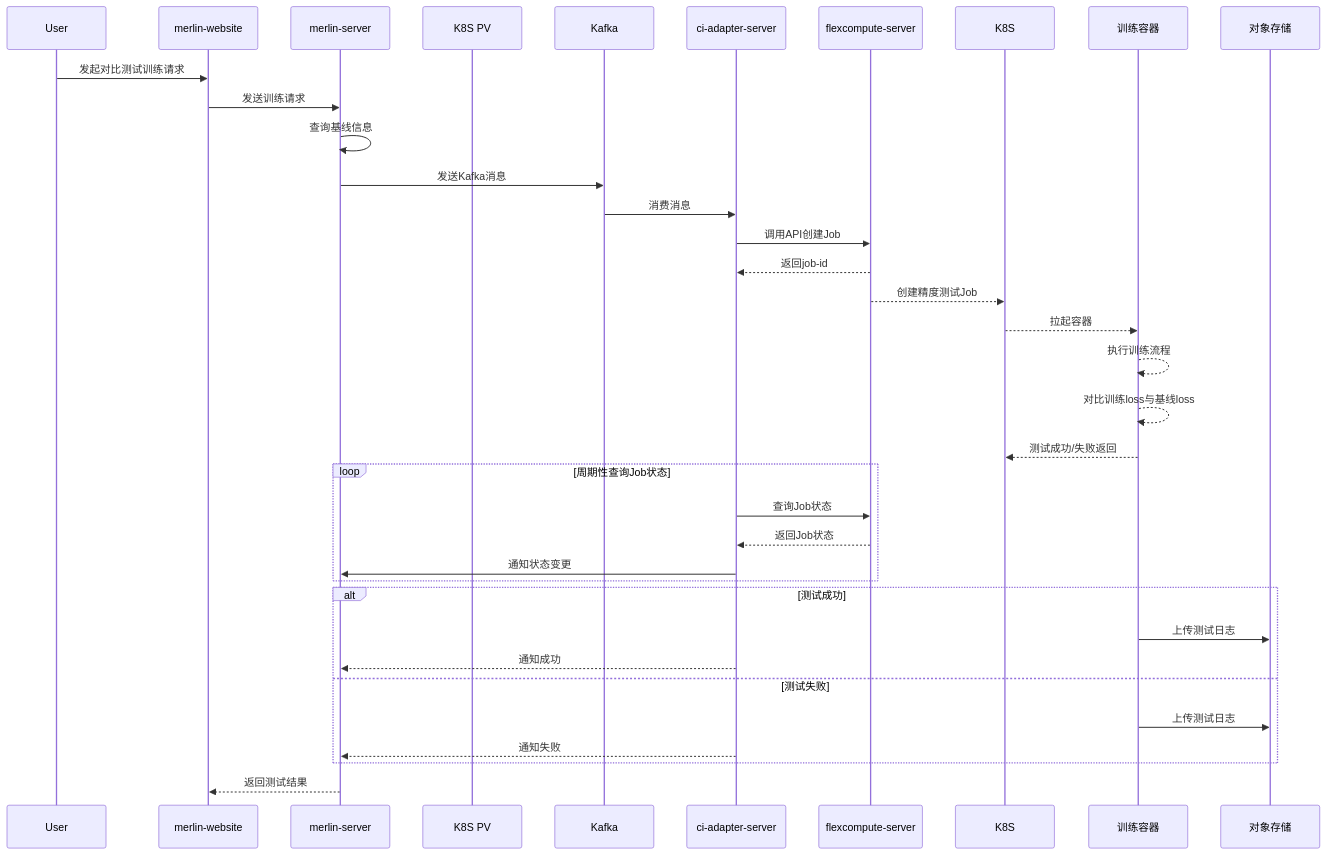
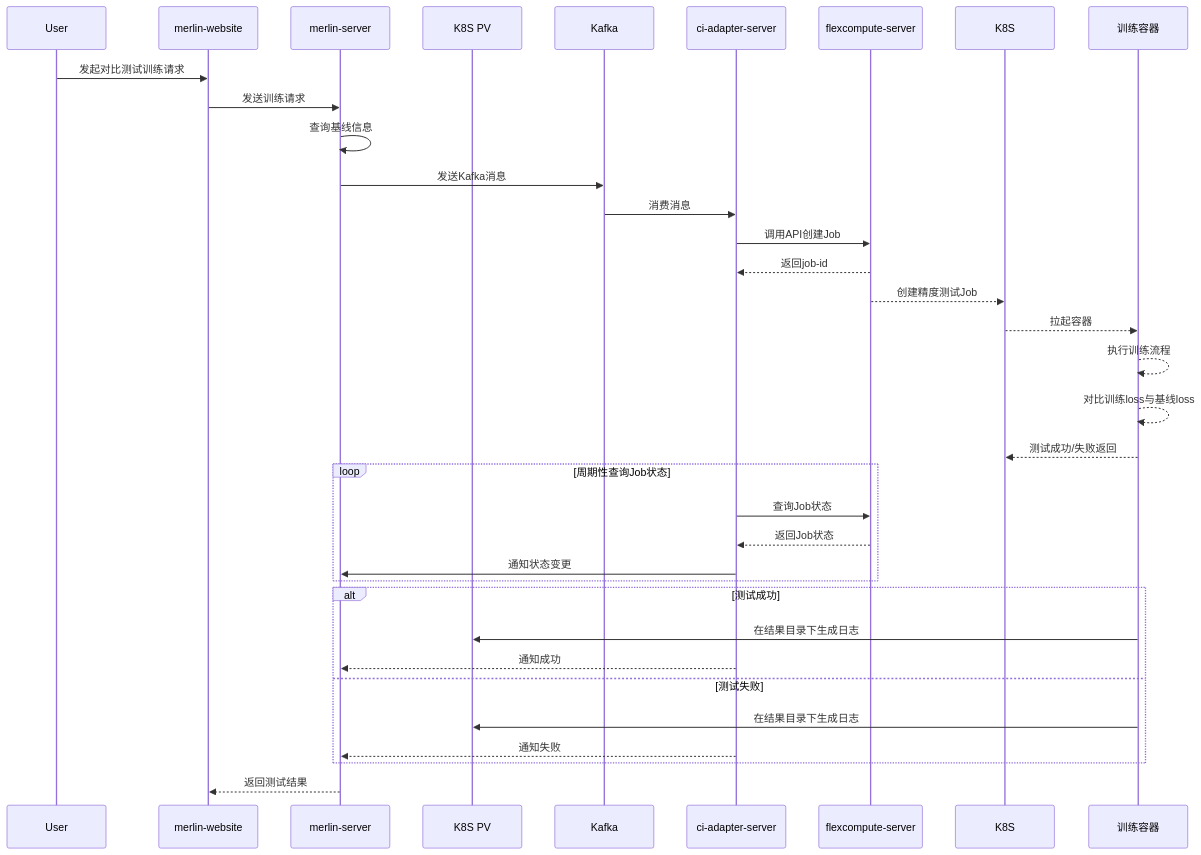
Before and after one commit to pillumina/design-proposal: the ninth of 12 diagrams in 模型精度性能测试自动化.md, drawn with Mermaid. The commit also changed other lines of this file, not shown here.

````diff
--- a/模型精度性能测试自动化.md
+++ b/模型精度性能测试自动化.md
@@ -1029,39 +1031,38 @@
 ```mermaid
 sequenceDiagram
     participant User
     participant Frontend as merlin-website
     participant Server as merlin-server
     participant Storage as K8S PV
     participant Kafka
     participant Adapter as ci-adapter-server
     participant Flex as flexcompute-server
     participant K8S
     participant Job as 训练容器
-    participant OBS as 对象存储
 
     User ->> Frontend: 发起对比测试训练请求
     Frontend ->> Server: 发送训练请求
     Server ->> Server: 查询基线信息
     Server ->> Kafka: 发送Kafka消息
     Kafka ->> Adapter: 消费消息
     Adapter ->> Flex: 调用API创建Job
     Flex -->> Adapter: 返回job-id
     Flex -->> K8S: 创建精度测试Job
     K8S -->> Job: 拉起容器
     Job -->> Job: 执行训练流程
     Job -->> Job: 对比训练loss与基线loss
     Job -->> K8S: 测试成功/失败返回
     loop 周期性查询Job状态
         Adapter ->> Flex: 查询Job状态
         Flex -->> Adapter: 返回Job状态
         Adapter ->> Server: 通知状态变更
     end
     alt 测试成功
-        Job ->> OBS: 上传测试日志
+        Job ->> Storage: 在结果目录下生成日志
         Adapter -->> Server: 通知成功
     else 测试失败
-    		Job ->> OBS: 上传测试日志
+    		Job ->> Storage: 在结果目录下生成日志
         Adapter -->> Server: 通知失败
     end
     Server -->> Frontend: 返回测试结果
 ```
````
